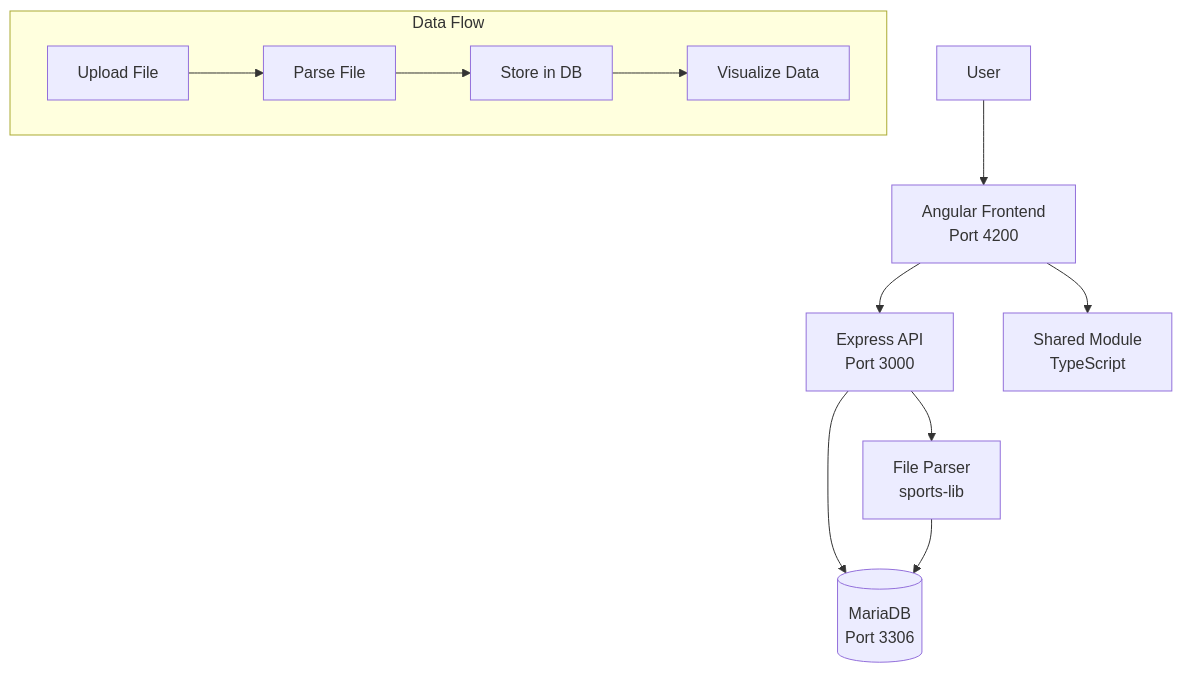
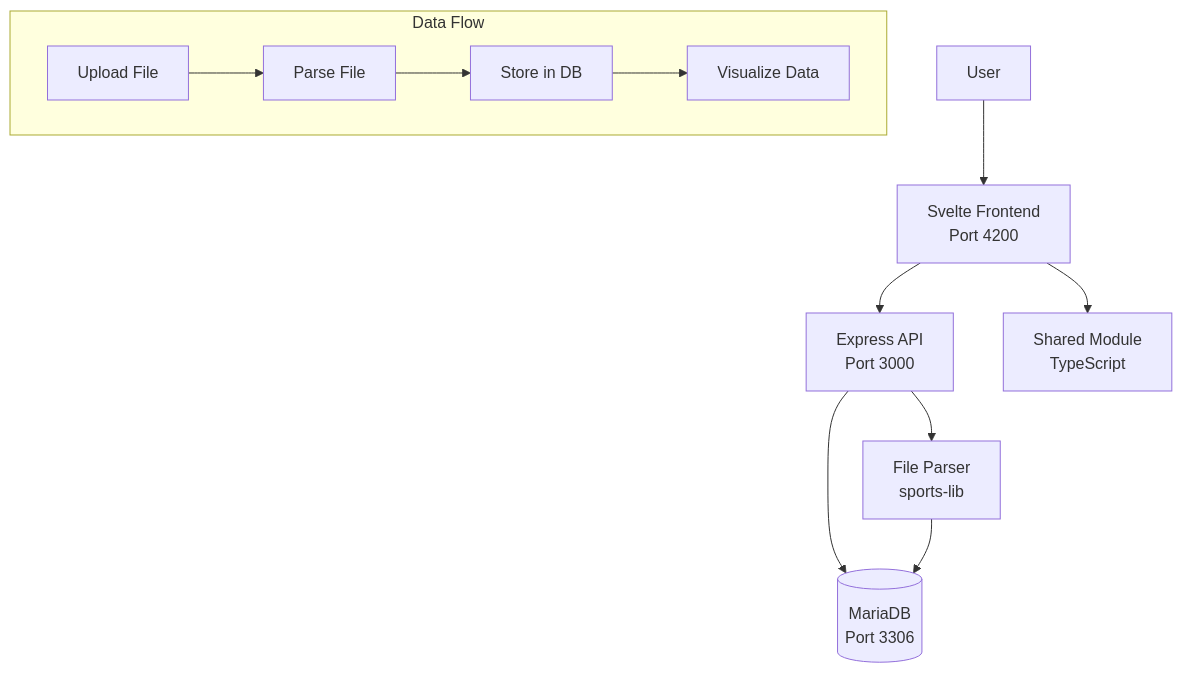
One commit to luispabon/OpenFitLab changed the diagram in README.md. Above: the diagram before and after it, drawn with Mermaid. The commit also changed other lines of this file and 56 other files, not shown here.

````diff
--- a/README.md
+++ b/README.md
@@ -15,15 +15,15 @@
 ```mermaid
 graph TB
-    User[User] --> Frontend[Angular Frontend<br/>Port 4200]
+    User[User] --> Frontend[Svelte Frontend<br/>Port 4200]
     Frontend --> API[Express API<br/>Port 3000]
     API --> Parser[File Parser<br/>sports-lib]
     API --> DB[(MariaDB<br/>Port 3306)]
     Parser --> DB
     Frontend --> Shared[Shared Module<br/>TypeScript]
     
     subgraph "Data Flow"
         Upload[Upload File] --> Parse[Parse File]
         Parse --> Store[Store in DB]
         Store --> Visualize[Visualize Data]
     end
 ```
````
